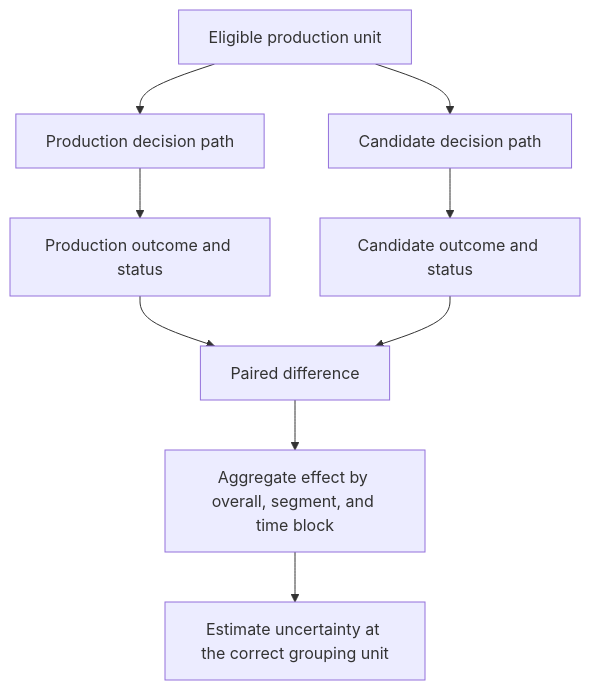
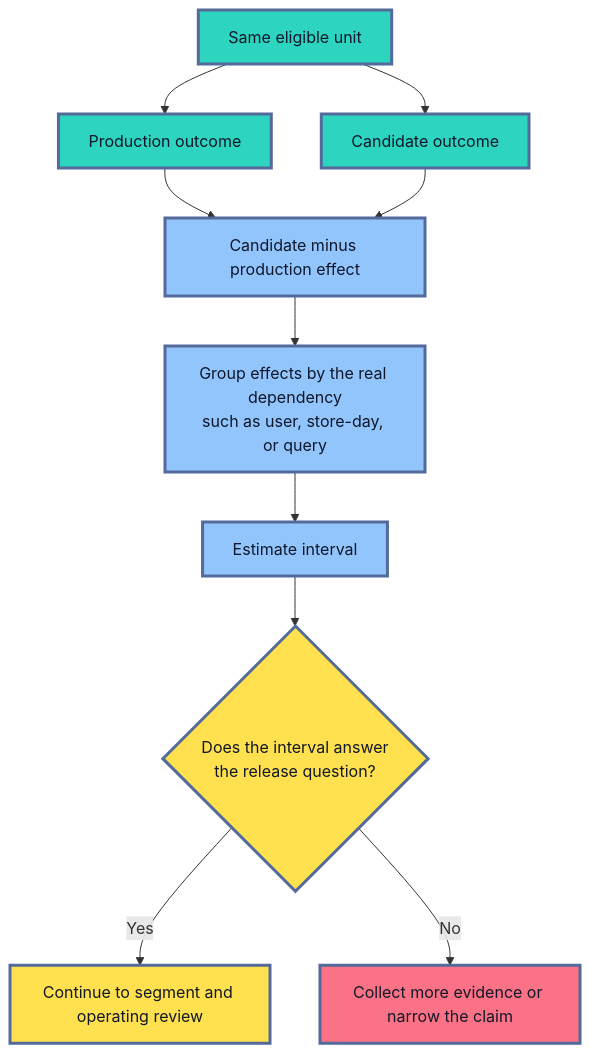
Before and after one commit to senlinyy/dev-roadmaps: the second of 3 diagrams in roadmaps/mlops/modules/model-evaluation/release-decisions/01-candidate-vs-production-model.md, drawn with Mermaid. The commit also changed other lines of this file and 198 other files, not shown here.

````diff
--- a/roadmaps/mlops/modules/model-evaluation/release-decisions/01-candidate-vs-production-model.md
+++ b/roadmaps/mlops/modules/model-evaluation/release-decisions/01-candidate-vs-production-model.md
@@ -92,11 +176,21 @@
 ```mermaid
 flowchart TD
-    U["Eligible production unit"] --> B["Production decision path"]
-    U --> C["Candidate decision path"]
-    B --> PB["Production outcome and status"]
-    C --> PC["Candidate outcome and status"]
-    PB --> D["Paired difference"]
-    PC --> D
-    D --> G["Aggregate effect by overall, segment, and time block"]
-    G --> I["Estimate uncertainty at the correct grouping unit"]
+    U["Same eligible unit"] --> P["Production outcome"]
+    U --> C["Candidate outcome"]
+    P --> D["Candidate minus production effect"]
+    C --> D
+    D --> G["Group effects by the real dependency<br/>such as user, store-day, or query"]
+    G --> I["Estimate interval"]
+    I --> Q{"Does the interval answer<br/>the release question?"}
+    Q -- "Yes" --> S["Continue to segment and operating review"]
+    Q -- "No" --> M["Collect more evidence or narrow the claim"]
+
+    classDef input fill:#2DD4BF,stroke:#536A9A,stroke-width:3px,color:#0F172A
+    classDef analysis fill:#93C5FD,stroke:#536A9A,stroke-width:3px,color:#0F172A
+    classDef decision fill:#FFE04F,stroke:#536A9A,stroke-width:3px,color:#111827
+    classDef hold fill:#FB7185,stroke:#536A9A,stroke-width:3px,color:#111827
+    class U,P,C input
+    class D,G,I analysis
+    class Q,S decision
+    class M hold
 ```
````
